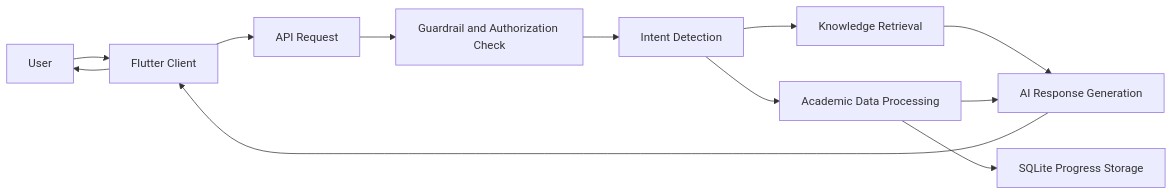
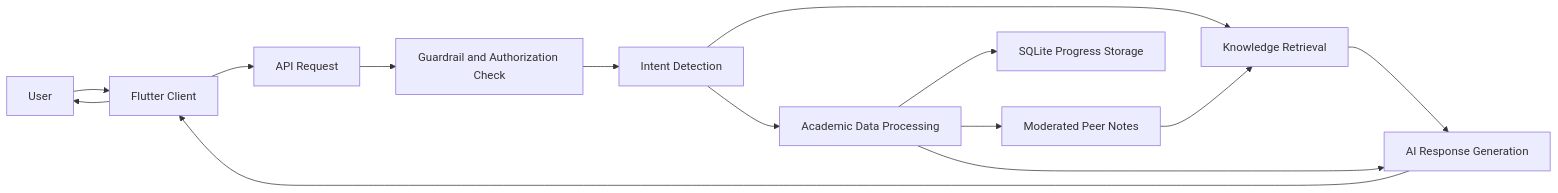
The third of 5 diagrams in project_docs/chapter_three_draft.md (evieoshomahus-cloud/eve-esui-ai), drawn with Mermaid before and after one commit. The commit also changed other lines of this file and 8 other files, not shown here.

````diff
--- a/project_docs/chapter_three_draft.md
+++ b/project_docs/chapter_three_draft.md
@@ -210,14 +225,16 @@
 ```mermaid
 flowchart LR
     User["User"] --> Client["Flutter Client"]
     Client --> Request["API Request"]
     Request --> Security["Guardrail and Authorization Check"]
     Security --> Intent["Intent Detection"]
     Intent --> Retrieval["Knowledge Retrieval"]
     Intent --> AcademicData["Academic Data Processing"]
     AcademicData --> Database["SQLite Progress Storage"]
+    AcademicData --> PeerNotes["Moderated Peer Notes"]
     Retrieval --> Response["AI Response Generation"]
+    PeerNotes --> Retrieval
     AcademicData --> Response
     Response --> Client
     Client --> User
 ```
````
